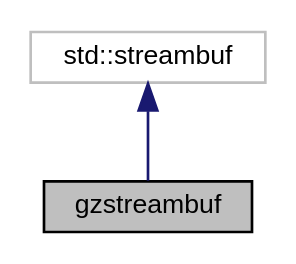
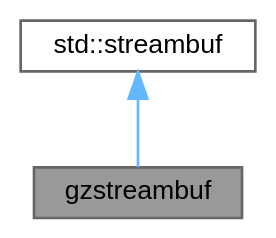
The diagram in docs/classgzstreambuf__coll__graph.dot (clrp-code/egs_brachy), drawn with Graphviz before and after one commit. The commit also changed 1817 other files, not shown here.

```diff
--- a/docs/classgzstreambuf__coll__graph.dot
+++ b/docs/classgzstreambuf__coll__graph.dot
@@ -1,8 +1,10 @@
 digraph "gzstreambuf"
 {
-  edge [fontname="Helvetica",fontsize="10",labelfontname="Helvetica",labelfontsize="10"];
-  node [fontname="Helvetica",fontsize="10",shape=record];
-  Node2 [label="gzstreambuf",height=0.2,width=0.4,color="black", fillcolor="grey75", style="filled", fontcolor="black"];
-  Node3 -> Node2 [dir="back",color="midnightblue",fontsize="10",style="solid",fontname="Helvetica"];
-  Node3 [label="std::streambuf",height=0.2,width=0.4,color="grey75", fillcolor="white", style="filled"];
+ // LATEX_PDF_SIZE
+  bgcolor="transparent";
+  edge [fontname=Helvetica,fontsize=10,labelfontname=Helvetica,labelfontsize=10];
+  node [fontname=Helvetica,fontsize=10,shape=box,height=0.2,width=0.4];
+  Node1 [label="gzstreambuf",height=0.2,width=0.4,color="gray40", fillcolor="grey60", style="filled", fontcolor="black",tooltip=" "];
+  Node2 -> Node1 [dir="back",color="steelblue1",style="solid"];
+  Node2 [label="std::streambuf",height=0.2,width=0.4,color="gray40", fillcolor="white", style="filled",tooltip=" "];
 }
```
